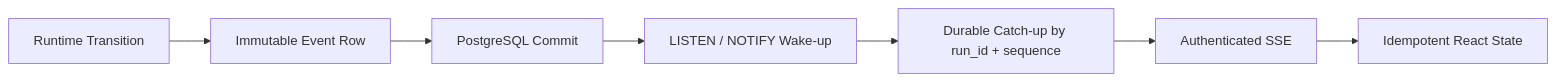
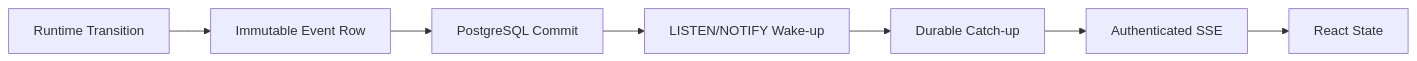
Before and after one commit to pablo-marchina/academy-tractian: diagram 11 of 12 in docs/presentation/ARCHITECTURE-OVERLAYS.md, drawn with Mermaid. The commit also changed other lines of this file and 5 other files, not shown here.

````diff
--- a/docs/presentation/ARCHITECTURE-OVERLAYS.md
+++ b/docs/presentation/ARCHITECTURE-OVERLAYS.md
@@ -282,12 +218,12 @@
 ```mermaid
 flowchart LR
     RT[Runtime Transition]
     ROW[Immutable Event Row]
     COMMIT[PostgreSQL Commit]
-    NOTIFY[LISTEN / NOTIFY Wake-up]
-    CURSOR[Durable Catch-up by run_id + sequence]
+    NOTIFY[LISTEN/NOTIFY Wake-up]
+    CURSOR[Durable Catch-up]
     SSE[Authenticated SSE]
-    UI[Idempotent React State]
+    UI[React State]
 
     RT --> ROW --> COMMIT --> NOTIFY --> CURSOR --> SSE --> UI
 ```
````
